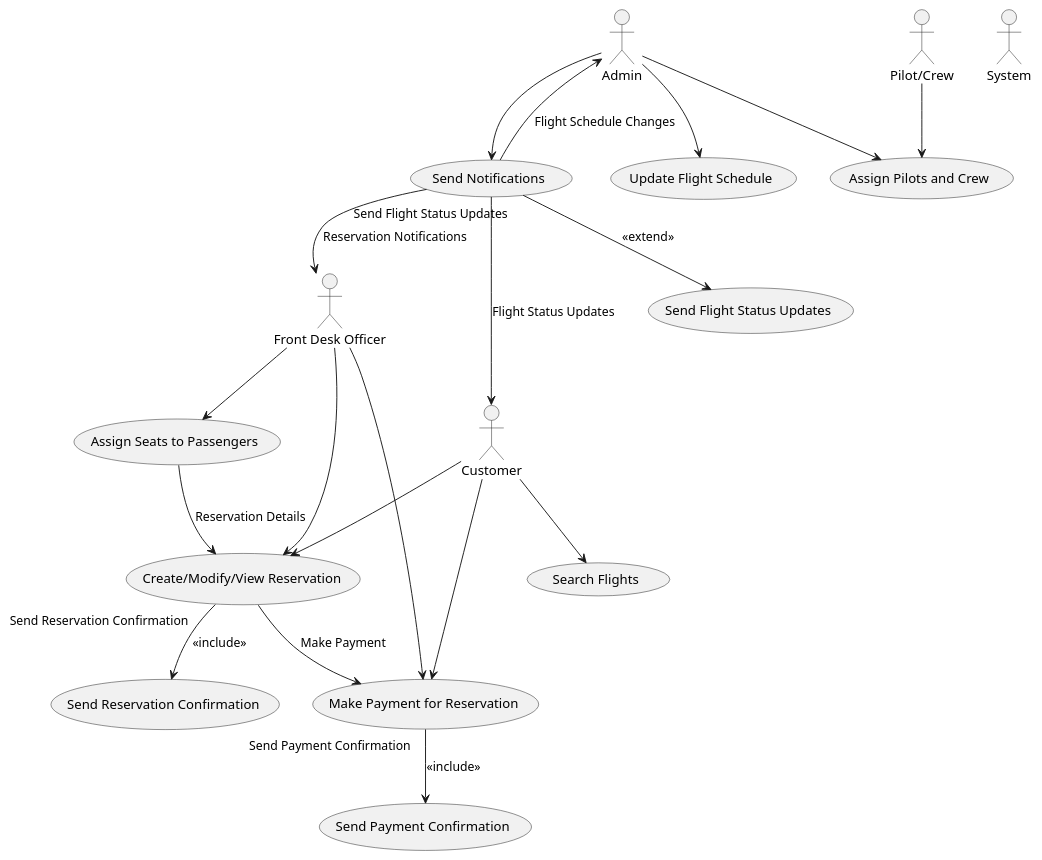
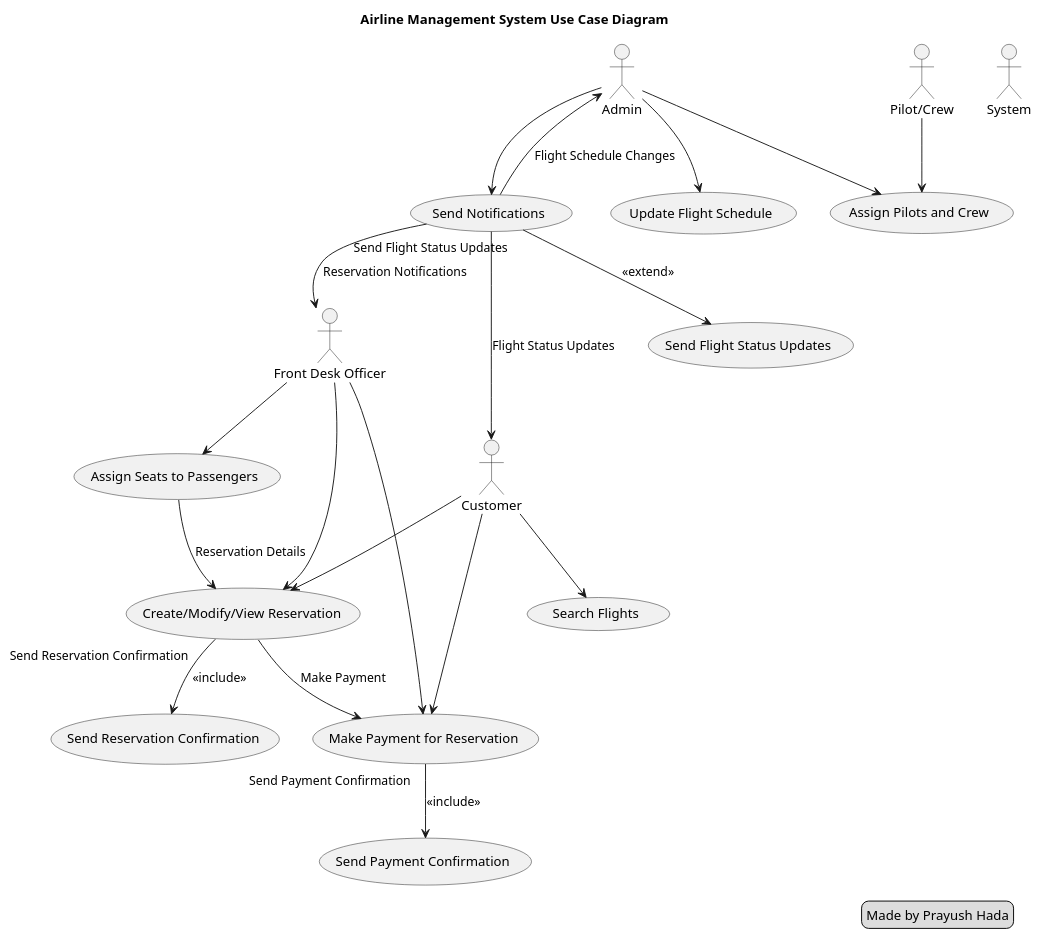
The diagram in Use-Case-Diagram/use_case.puml (Itsjustme27/Airline-Management-System), drawn with PlantUML before and after one commit. The commit also changed other lines of this file and 1 other file, not shown here.

Commit message:
added title,legend and converted into png

```diff
--- a/Use-Case-Diagram/use_case.puml
+++ b/Use-Case-Diagram/use_case.puml
@@ -1,44 +1,48 @@
 @startuml use_case
-
+title Airline Management System Use Case Diagram
 actor Admin
 actor "Front Desk Officer" as FrontDesk
 actor Customer
 actor "Pilot/Crew" as PilotCrew
 actor System
 
 usecase "Search Flights" as UC1
 usecase "Create/Modify/View Reservation" as UC2
 usecase "Assign Seats to Passengers" as UC3
 usecase "Make Payment for Reservation" as UC4
 usecase "Update Flight Schedule" as UC5
 usecase "Assign Pilots and Crew" as UC6
 usecase "Send Notifications" as UC7
 usecase "Send Payment Confirmation" as UC8
 usecase "Send Reservation Confirmation" as UC9
 usecase "Send Flight Status Updates" as UC10
 
 Customer --> UC1
 Customer --> UC2
 Customer --> UC4
 
 FrontDesk --> UC2
 FrontDesk --> UC3
 FrontDesk --> UC4
 
 Admin --> UC5
 Admin --> UC6
 Admin --> UC7
 
 PilotCrew --> UC6
 
 UC2 --> UC4: "Make Payment"
 UC3 --> UC2: "Reservation Details"
 UC7 --> Customer: "Flight Status Updates"
 UC7 --> FrontDesk: "Reservation Notifications"
 UC7 --> Admin: "Flight Schedule Changes"
 
 UC4 --> UC8: "Send Payment Confirmation" <<include>>
 UC2 --> UC9: "Send Reservation Confirmation" <<include>>
 UC7 --> UC10: "Send Flight Status Updates" <<extend>>
 
+legend right
+    Made by Prayush Hada
+end legend
+
 @enduml
```
